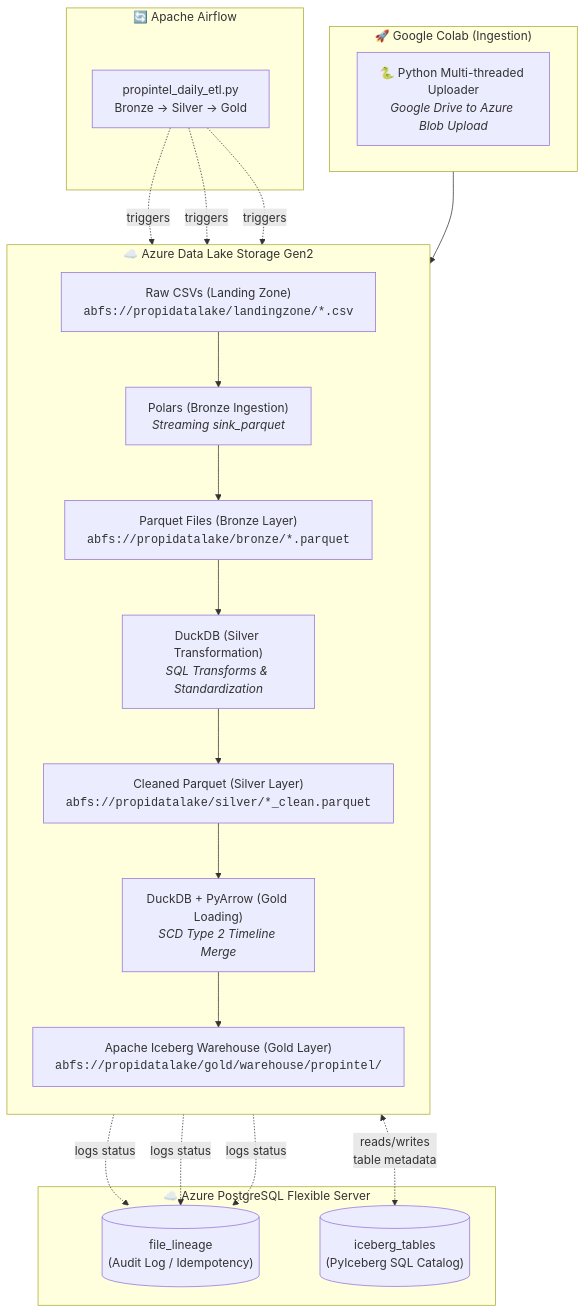
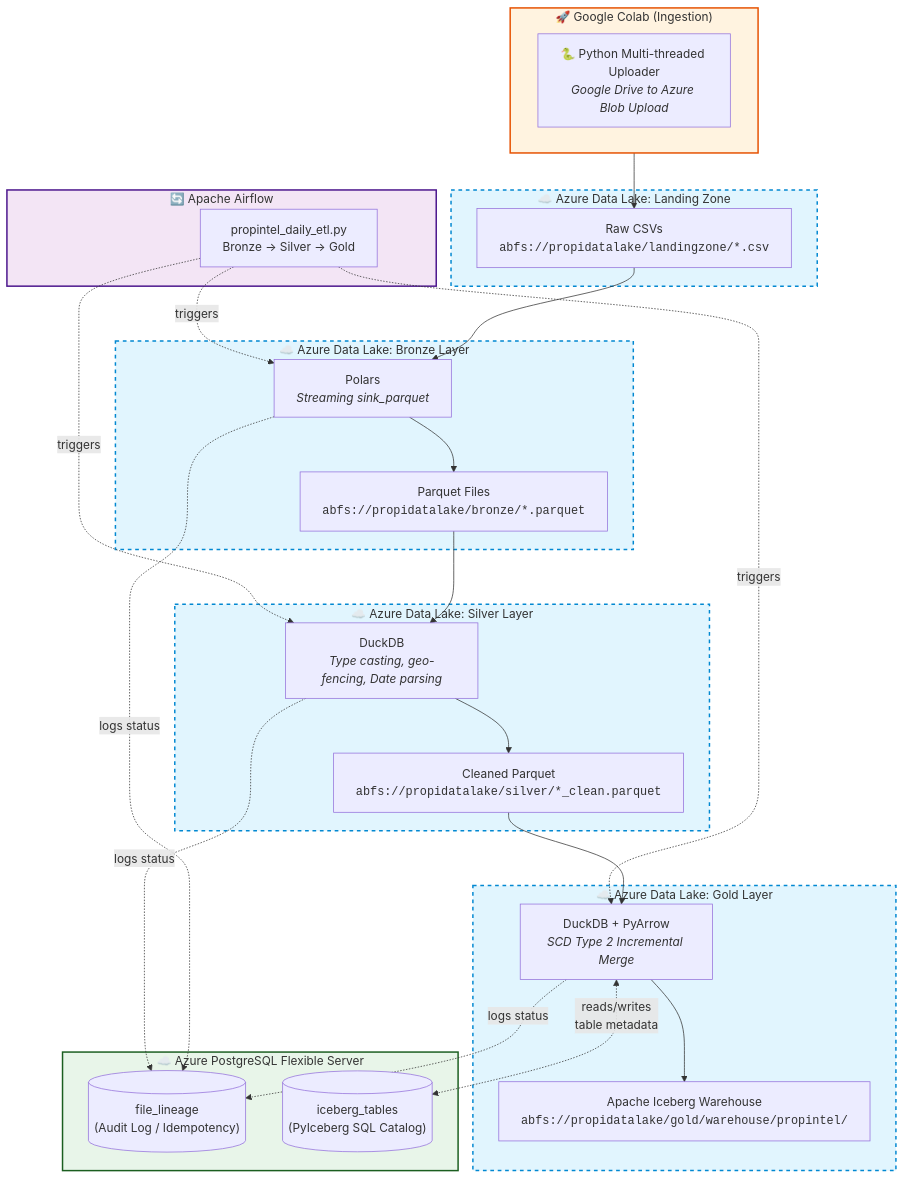
The diagram in README.md (ali786-hub/Property-Intelligence-Platform), drawn with Mermaid before and after one commit.

````diff
--- a/README.md
+++ b/README.md
@@ -23,47 +23,61 @@
 ```mermaid
 flowchart TB
     subgraph source ["🚀 Google Colab (Ingestion)"]
         direction LR
         COLAB["🐍 Python Multi-threaded Uploader<br/><i>Google Drive to Azure Blob Upload</i>"]
     end
 
     subgraph airflow ["🔄 Apache Airflow"]
         DAG["propintel_daily_etl.py<br/>Bronze → Silver → Gold"]
     end
 
-    subgraph cloud_storage ["☁️ Azure Data Lake Storage Gen2"]
-        direction TB
-        B_IN["Raw CSVs (Landing Zone)<br/><code>abfs://propidatalake/landingzone/*.csv</code>"]
-        
-        B_ENGINE["Polars (Bronze Ingestion)<br/><i>Streaming sink_parquet</i>"]
-        B_OUT["Parquet Files (Bronze Layer)<br/><code>abfs://propidatalake/bronze/*.parquet</code>"]
-        
-        S_ENGINE["DuckDB (Silver Transformation)<br/><i>SQL Transforms & Standardization</i>"]
-        S_OUT["Cleaned Parquet (Silver Layer)<br/><code>abfs://propidatalake/silver/*_clean.parquet</code>"]
-        
-        G_ENGINE["DuckDB + PyArrow (Gold Loading)<br/><i>SCD Type 2 Timeline Merge</i>"]
-        G_OUT["Apache Iceberg Warehouse (Gold Layer)<br/><code>abfs://propidatalake/gold/warehouse/propintel/</code>"]
+    subgraph landing ["☁️ Azure Data Lake: Landing Zone"]
+        B_IN["Raw CSVs<br/><code>abfs://propidatalake/landingzone/*.csv</code>"]
+    end
 
+    subgraph bronze ["☁️ Azure Data Lake: Bronze Layer"]
+        B_ENGINE["Polars<br/><i>Streaming sink_parquet</i>"]
+        B_OUT["Parquet Files<br/><code>abfs://propidatalake/bronze/*.parquet</code>"]
         B_IN --> B_ENGINE --> B_OUT
+    end
+
+    subgraph silver ["☁️ Azure Data Lake: Silver Layer"]
+        S_ENGINE["DuckDB<br/><i>Type casting, geo-fencing, Date parsing</i>"]
+        S_OUT["Cleaned Parquet<br/><code>abfs://propidatalake/silver/*_clean.parquet</code>"]
         B_OUT --> S_ENGINE --> S_OUT
+    end
+
+    subgraph gold ["☁️ Azure Data Lake: Gold Layer"]
+        G_ENGINE["DuckDB + PyArrow<br/><i>SCD Type 2 Incremental Merge</i>"]
+        G_OUT["Apache Iceberg Warehouse<br/><code>abfs://propidatalake/gold/warehouse/propintel/</code>"]
         S_OUT --> G_ENGINE --> G_OUT
     end
 
     subgraph cloud_db ["☁️ Azure PostgreSQL Flexible Server"]
         LINEAGE[("file_lineage<br/>(Audit Log / Idempotency)")]
         CATALOG[("iceberg_tables<br/>(PyIceberg SQL Catalog)")]
     end
 
     source --> B_IN
     
     %% Airflow triggers mapping directly to the compute engines
     DAG -. "triggers" .-> B_ENGINE
     DAG -. "triggers" .-> S_ENGINE
     DAG -. "triggers" .-> G_ENGINE
 
     %% Logging interactions mapping perfectly to the DB
     B_ENGINE -. "logs status" .-> LINEAGE
     S_ENGINE -. "logs status" .-> LINEAGE
     G_ENGINE -. "logs status" .-> LINEAGE
     G_ENGINE <-. "reads/writes<br/>table metadata" .-> CATALOG
+
+    %% Styling Subgraphs for Visual Separation and Cohesion
+    style source fill:#fff3e0,stroke:#e65100,stroke-width:2px
+    style airflow fill:#f3e5f5,stroke:#4a148c,stroke-width:2px
+    style cloud_db fill:#e8f5e9,stroke:#1b5e20,stroke-width:2px
+    
+    style landing fill:#e1f5fe,stroke:#0288d1,stroke-width:2px,stroke-dasharray: 5 5
+    style bronze fill:#e1f5fe,stroke:#0288d1,stroke-width:2px,stroke-dasharray: 5 5
+    style silver fill:#e1f5fe,stroke:#0288d1,stroke-width:2px,stroke-dasharray: 5 5
+    style gold fill:#e1f5fe,stroke:#0288d1,stroke-width:2px,stroke-dasharray: 5 5
 ```
````
